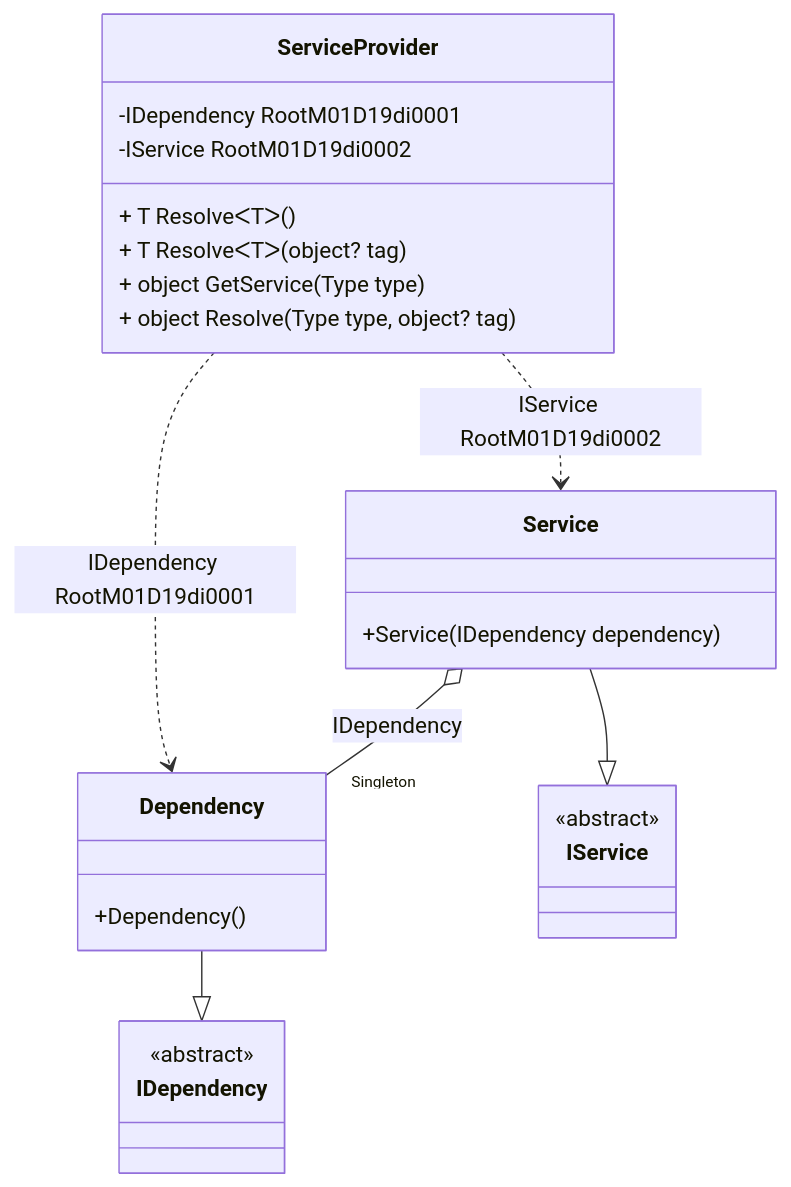
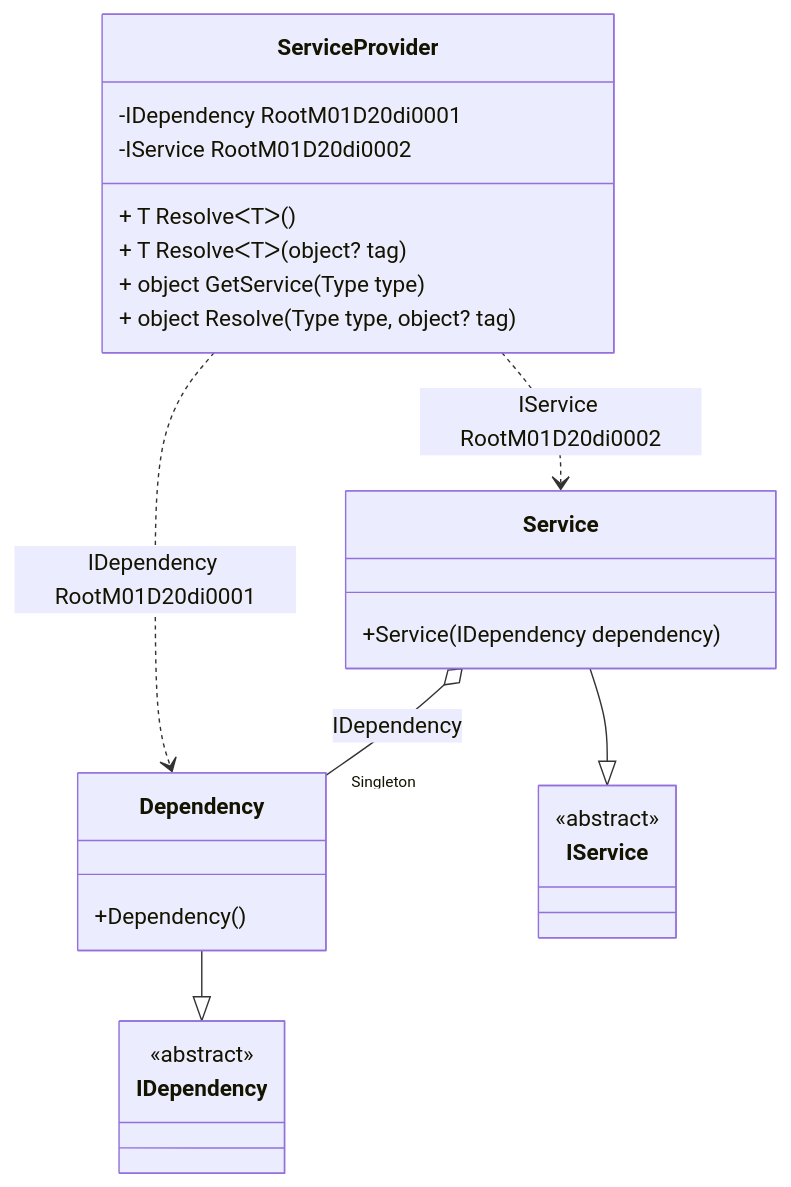
One commit to DevTeam/Pure.DI changed the diagram in readme/service-provider.md. Above: the diagram before and after it, drawn with Mermaid. The commit also changed other lines of this file and 64 other files, not shown here.

````diff
--- a/readme/service-provider.md
+++ b/readme/service-provider.md
@@ -46,28 +46,28 @@
 ```mermaid
 classDiagram
   class ServiceProvider {
-    -IDependency RootM01D19di0001
-    -IService RootM01D19di0002
+    -IDependency RootM01D20di0001
+    -IService RootM01D20di0002
     + T ResolveᐸTᐳ()
     + T ResolveᐸTᐳ(object? tag)
     + object GetService(Type type)
     + object Resolve(Type type, object? tag)
   }
   Dependency --|> IDependency : 
   class Dependency {
     +Dependency()
   }
   Service --|> IService : 
   class Service {
     +Service(IDependency dependency)
   }
   class IDependency {
     <<abstract>>
   }
   class IService {
     <<abstract>>
   }
   Service o--  "Singleton" Dependency : IDependency
-  ServiceProvider ..> Dependency : IDependency RootM01D19di0001
-  ServiceProvider ..> Service : IService RootM01D19di0002
+  ServiceProvider ..> Dependency : IDependency RootM01D20di0001
+  ServiceProvider ..> Service : IService RootM01D20di0002
 ```
````
